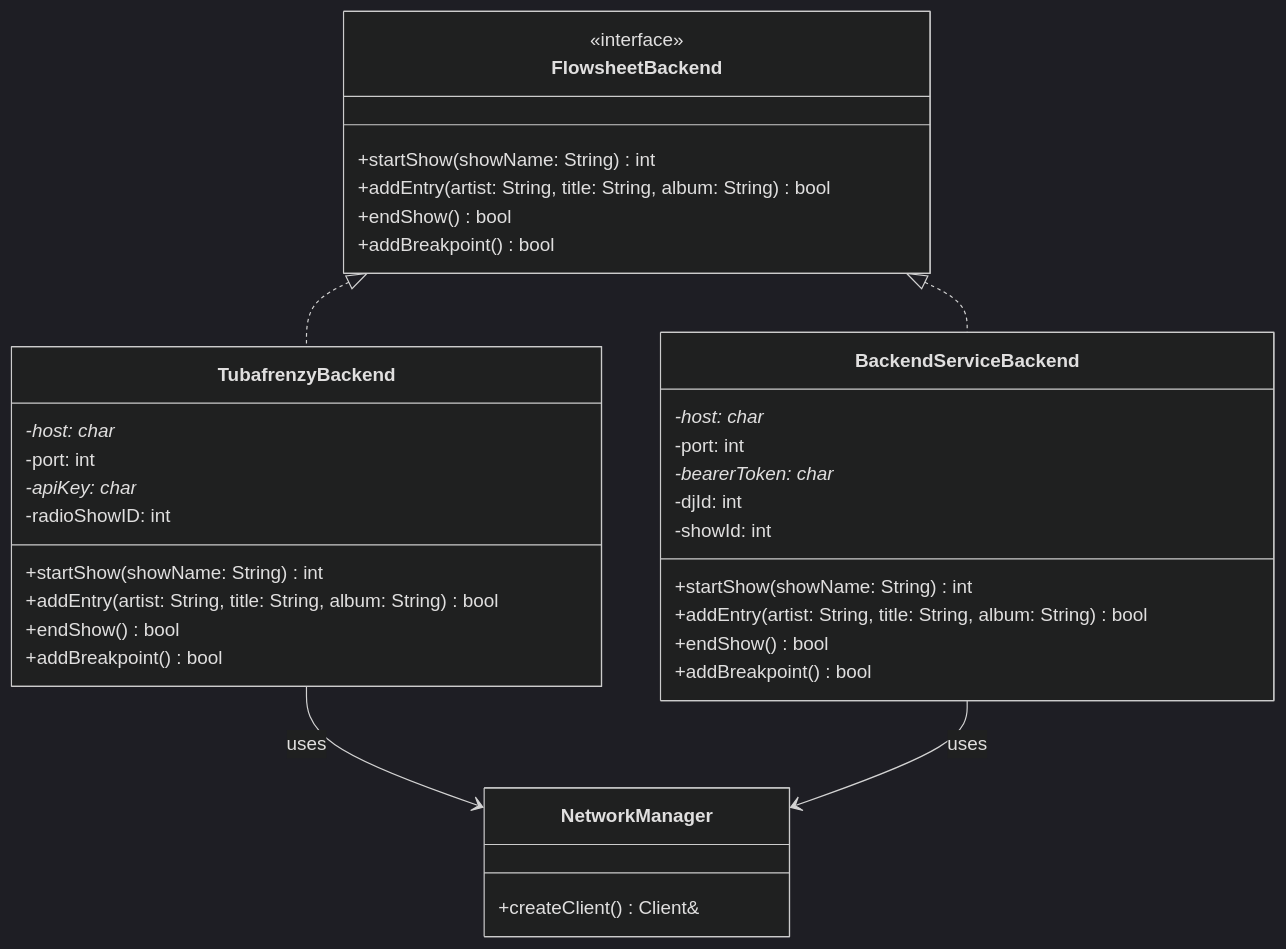
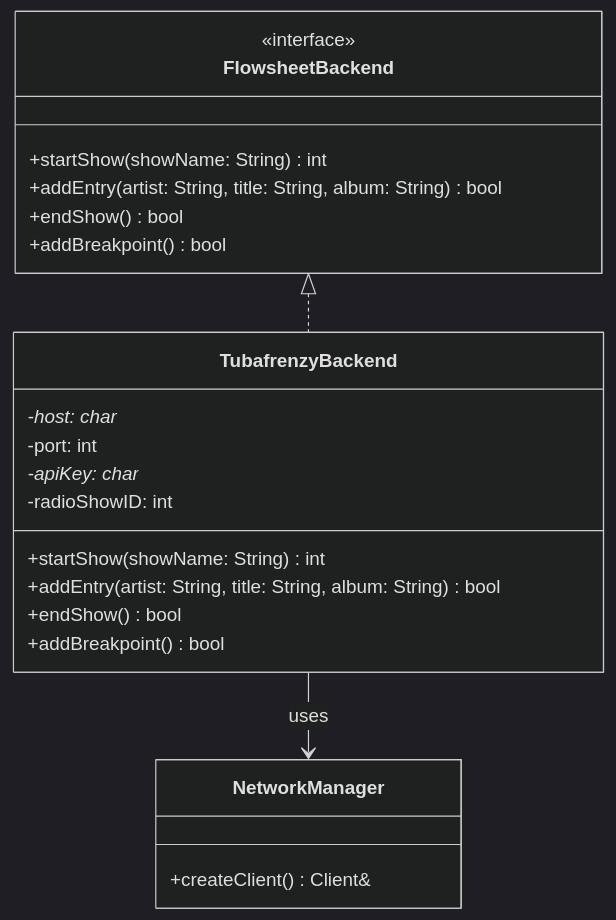
The ninth of 16 diagrams in docs/networking-spec.md (WXYC/auto-dj-arduino-switch), drawn with Mermaid (dark theme) before and after one commit. The commit also changed other lines of this file, not shown here.

````diff
--- a/docs/networking-spec.md
+++ b/docs/networking-spec.md
@@ -2035,42 +1955,28 @@
 ```mermaid
 classDiagram
     class FlowsheetBackend {
         <<interface>>
         +startShow(showName: String) int
         +addEntry(artist: String, title: String, album: String) bool
         +endShow() bool
         +addBreakpoint() bool
     }
 
     class TubafrenzyBackend {
         -host: char*
         -port: int
         -apiKey: char*
         -radioShowID: int
         +startShow(showName: String) int
         +addEntry(artist: String, title: String, album: String) bool
         +endShow() bool
         +addBreakpoint() bool
     }
 
-    class BackendServiceBackend {
-        -host: char*
-        -port: int
-        -bearerToken: char*
-        -djId: int
-        -showId: int
-        +startShow(showName: String) int
-        +addEntry(artist: String, title: String, album: String) bool
-        +endShow() bool
-        +addBreakpoint() bool
-    }
-
     class NetworkManager {
         +createClient() Client&
     }
 
     FlowsheetBackend <|.. TubafrenzyBackend
-    FlowsheetBackend <|.. BackendServiceBackend
     TubafrenzyBackend --> NetworkManager : uses
-    BackendServiceBackend --> NetworkManager : uses
 ```
````
